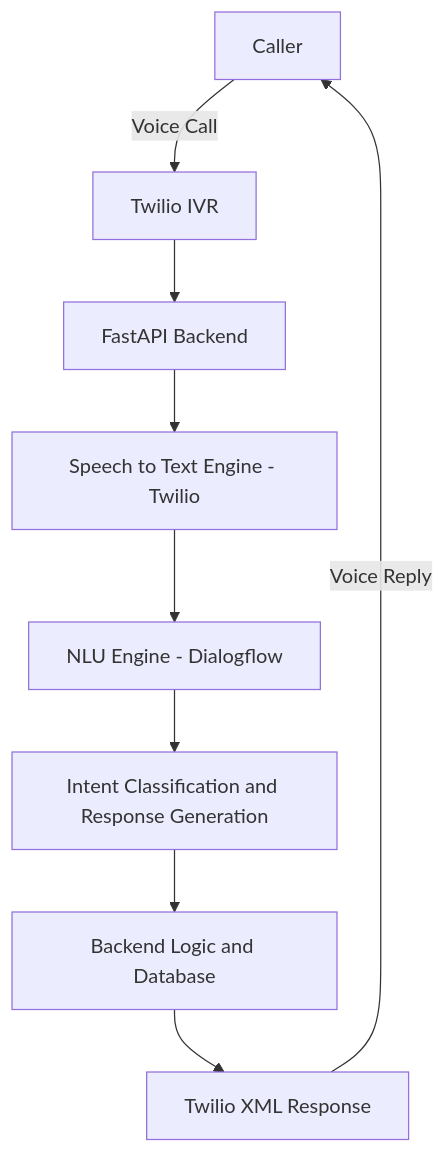
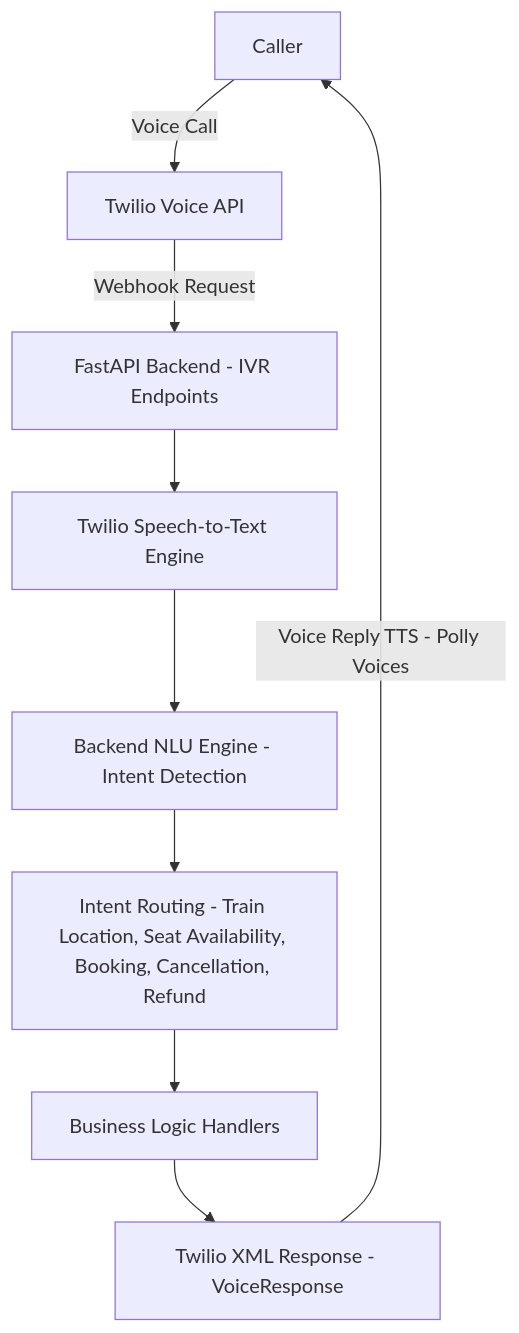
Before and after one commit to Rohan010203/AI-Enabled-Conversational-IVR-Modernization-Framework: the diagram in README.md, drawn with Mermaid.

````diff
--- a/README.md
+++ b/README.md
@@ -66,11 +66,19 @@
 ```mermaid
 flowchart TD
-    A[Caller] -->|Voice Call| B[Twilio IVR]
-    B --> C[ FastAPI Backend]
-    C --> D[Speech to Text Engine - Twilio ]
-    D --> E[NLU Engine -  Dialogflow ]
-    E --> F[Intent Classification and Response Generation]
-    F --> G[Backend Logic and Database]
-    G --> H[Twilio XML Response]
-    H -->|Voice Reply| A
+    A[Caller] -->|Voice Call| B[Twilio Voice API]
+
+    B -->|Webhook Request| C[FastAPI Backend - IVR Endpoints]
+
+    C --> D[Twilio Speech-to-Text Engine]
+
+    D --> E[Backend NLU Engine - Intent Detection]
+
+    E --> F[Intent Routing - Train Location, Seat Availability, Booking, Cancellation, Refund]
+
+    F --> G[Business Logic Handlers]
+
+    G --> H[Twilio XML Response - VoiceResponse]
+
+    H -->|Voice Reply TTS - Polly Voices| A
+
 ```
````
